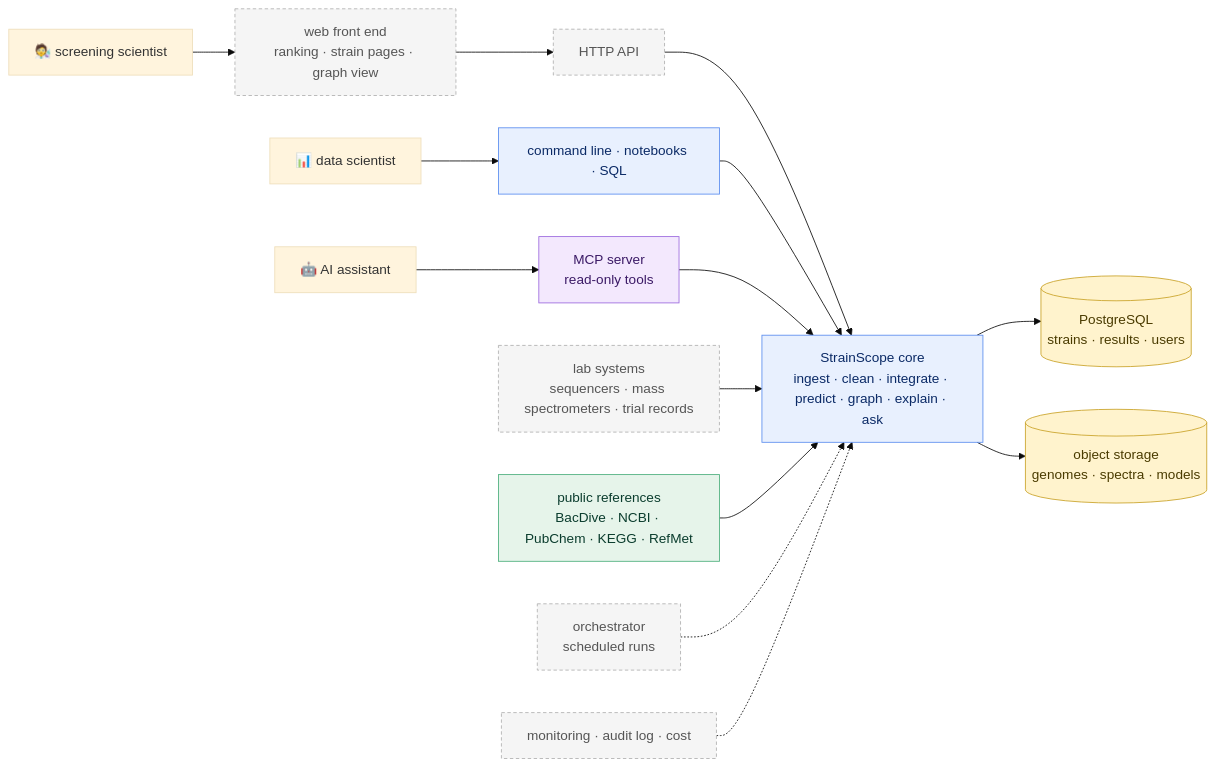
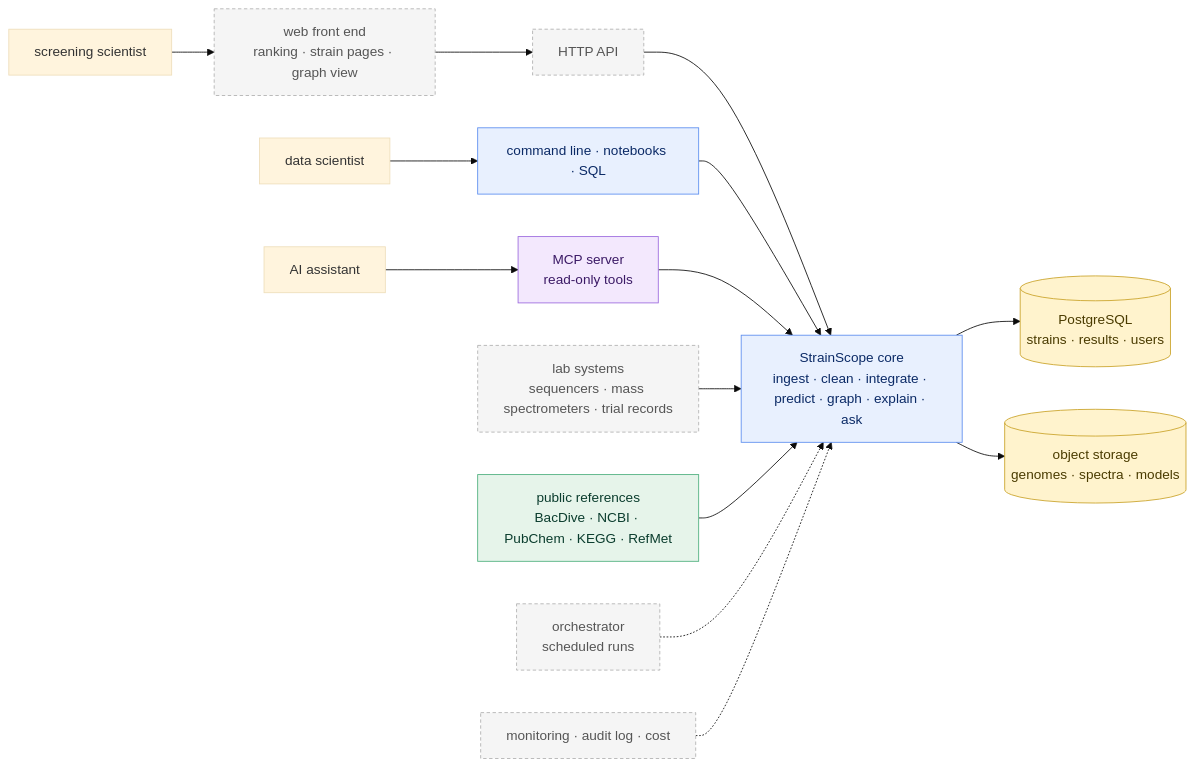
The diagram in docs/PRODUCT_ROADMAP.md (akannan2987/strainscope), drawn with Mermaid (base theme) before and after one commit. The commit also changed other lines of this file and 103 other files, not shown here.

````diff
--- a/docs/PRODUCT_ROADMAP.md
+++ b/docs/PRODUCT_ROADMAP.md
@@ -35,28 +35,28 @@
 ```mermaid
 flowchart LR
-    U1["🧑‍🔬 screening scientist"] --> W["web front end<br/>ranking · strain pages · graph view"]
-    U2["📊 data scientist"] --> CLI["command line · notebooks · SQL"]
-    U3["🤖 AI assistant"] --> MCP["MCP server<br/>read-only tools"]
+    U1["screening scientist"] --> W["web front end<br/>ranking · strain pages · graph view"]
+    U2["data scientist"] --> CLI["command line · notebooks · SQL"]
+    U3["AI assistant"] --> MCP["MCP server<br/>read-only tools"]
     W --> API["HTTP API"]
     API --> CORE
     CLI --> CORE
     MCP --> CORE
     CORE["StrainScope core<br/>ingest · clean · integrate · predict · graph · explain · ask"]
     LAB["lab systems<br/>sequencers · mass spectrometers · trial records"] --> CORE
     PUB["public references<br/>BacDive · NCBI · PubChem · KEGG · RefMet"] --> CORE
     CORE --> DB[("PostgreSQL<br/>strains · results · users")]
     CORE --> OBJ[("object storage<br/>genomes · spectra · models")]
     ORCH["orchestrator<br/>scheduled runs"] -.-> CORE
     MON["monitoring · audit log · cost"] -.-> CORE
 
     classDef laptop fill:#E8F0FE,stroke:#5B8DEF,color:#0B2A66;
     classDef store fill:#FFF3CD,stroke:#C9A227,color:#4A3B00;
     classDef cloud fill:#E6F4EA,stroke:#4CAF7D,color:#0B3D2E;
     classDef ai fill:#F3E8FD,stroke:#9C6ADE,color:#3B1A66;
     classDef roadmap fill:#F5F5F5,stroke:#B0B0B0,color:#555555,stroke-dasharray:4 3;
     class CORE,CLI laptop
     class DB,OBJ store
     class PUB cloud
     class MCP ai
     class W,API,LAB,ORCH,MON roadmap
 ```
````
